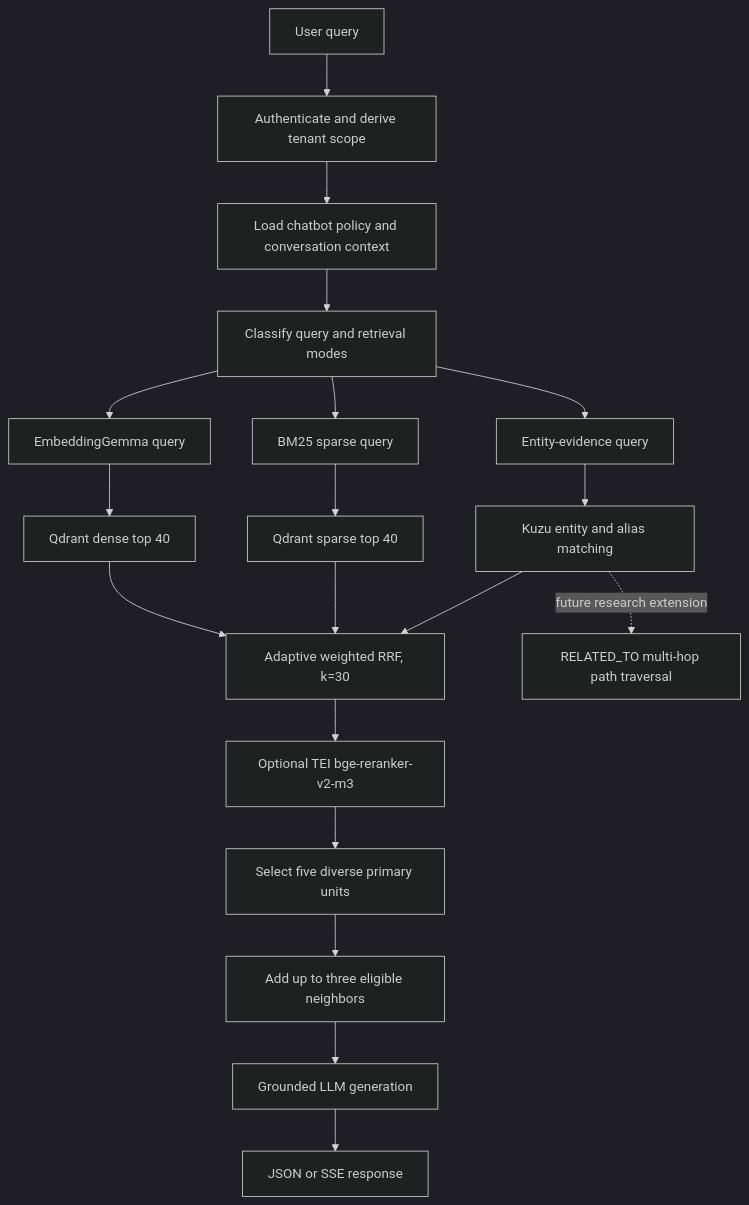
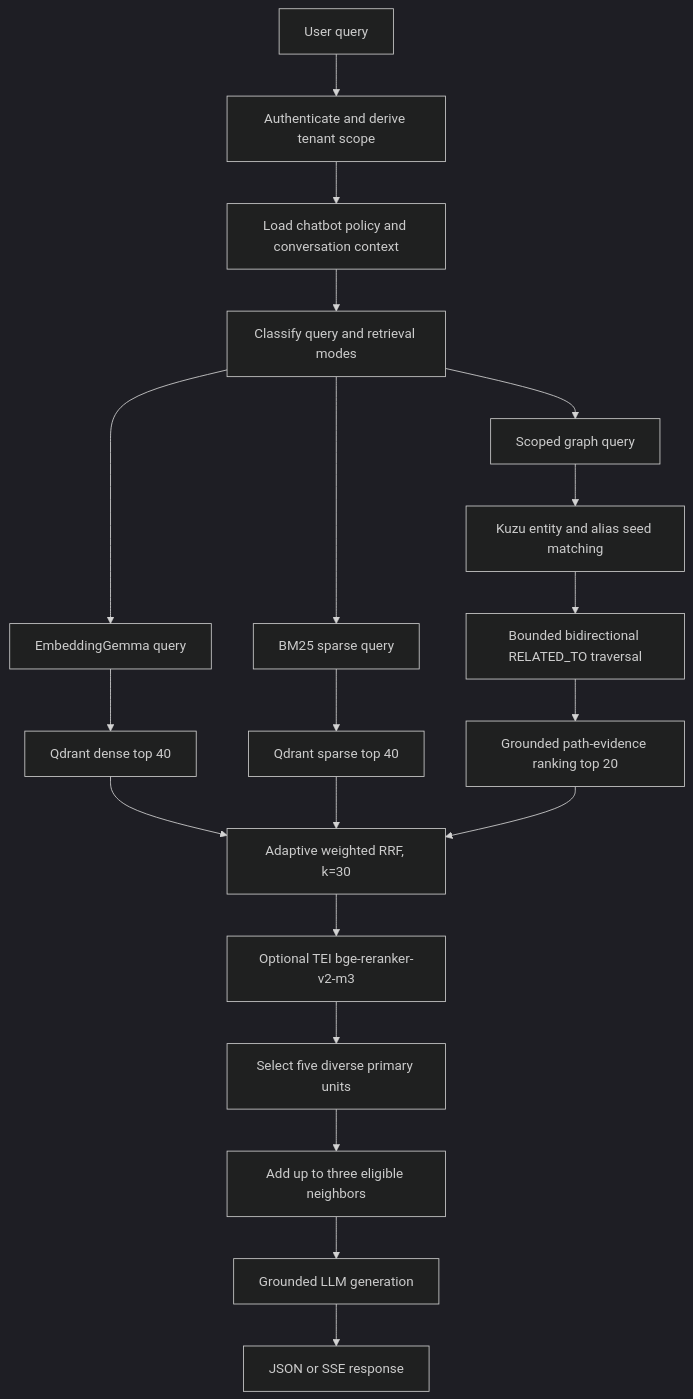
The third of 9 diagrams in README.md (Kuvox-stud-cmc/Cacanode), drawn with Mermaid (dark theme) before and after one commit. The commit also changed other lines of this file and 32 other files, not shown here.

Commit message:
Fix graph and smoke test

````diff
--- a/README.md
+++ b/README.md
@@ -603,26 +603,26 @@
 ```mermaid
 flowchart TD
     Query[User query] --> Auth[Authenticate and derive tenant scope]
     Auth --> Policy[Load chatbot policy and conversation context]
     Policy --> Route[Classify query and retrieval modes]
 
     Route --> DenseQuery[EmbeddingGemma query]
     Route --> SparseQuery[BM25 sparse query]
-    Route --> GraphQuery[Entity-evidence query]
+    Route --> GraphQuery[Scoped graph query]
 
     DenseQuery --> DenseSearch[Qdrant dense top 40]
     SparseQuery --> SparseSearch[Qdrant sparse top 40]
-    GraphQuery --> GraphSearch[Kuzu entity and alias matching]
+    GraphQuery --> GraphSeed[Kuzu entity and alias seed matching]
+    GraphSeed --> GraphTraverse[Bounded bidirectional RELATED_TO traversal]
+    GraphTraverse --> GraphEvidence[Grounded path-evidence ranking top 20]
 
     DenseSearch --> Fusion[Adaptive weighted RRF, k=30]
     SparseSearch --> Fusion
-    GraphSearch --> Fusion
+    GraphEvidence --> Fusion
 
     Fusion --> Rerank[Optional TEI bge-reranker-v2-m3]
     Rerank --> Primary[Select five diverse primary units]
     Primary --> Context[Add up to three eligible neighbors]
     Context --> Generate[Grounded LLM generation]
     Generate --> Stream[JSON or SSE response]
-
-    GraphSearch -. future research extension .-> MultiHop[RELATED_TO multi-hop path traversal]
 ```
````
